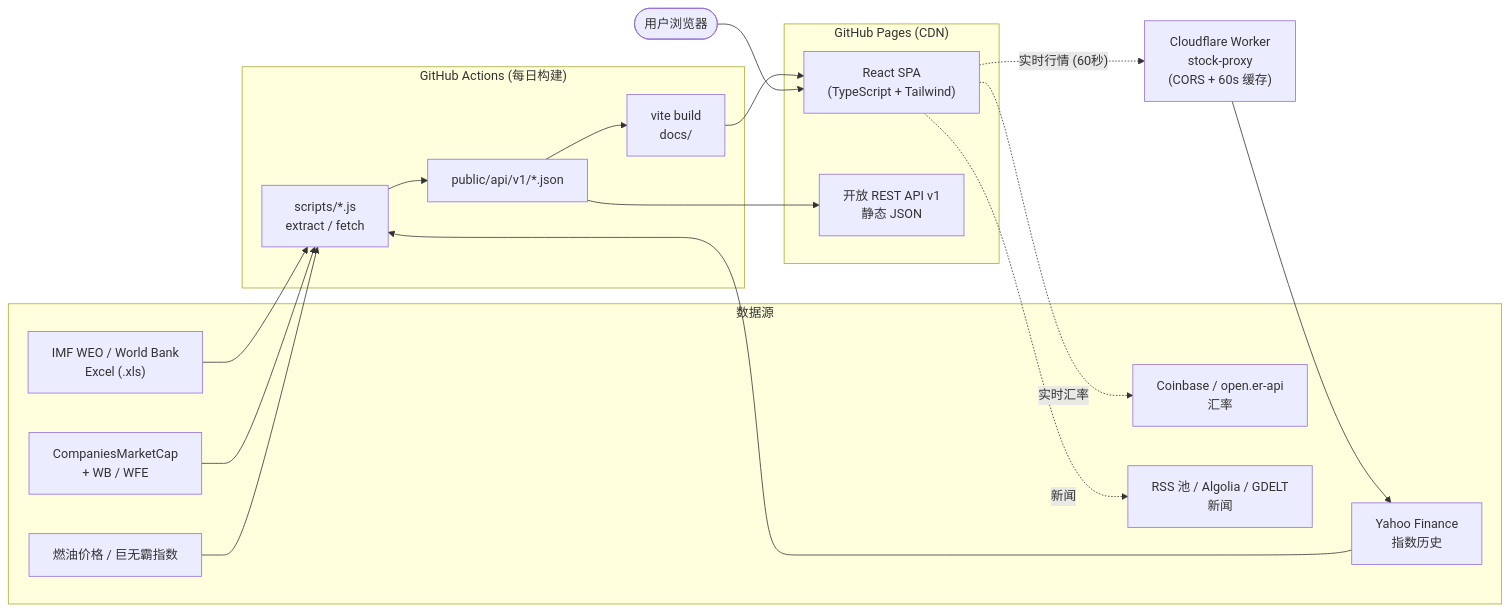
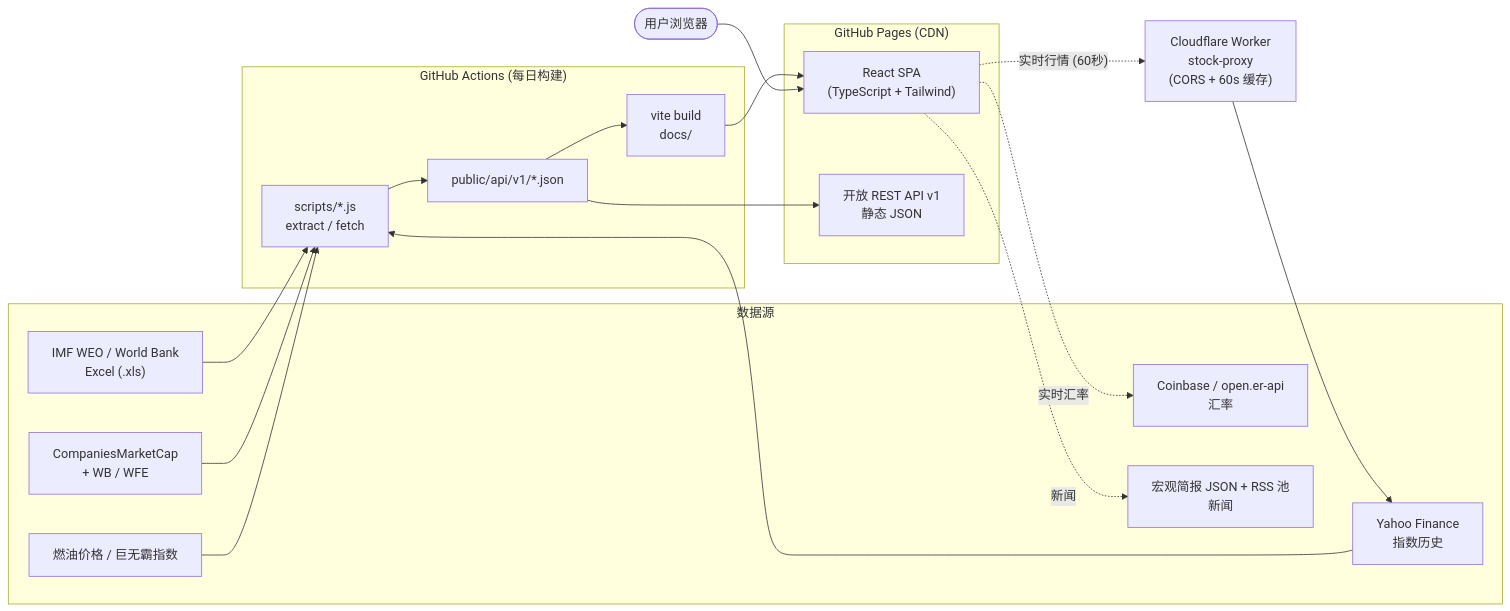
The diagram in README.zh.md (silverogic/geonomics), drawn with Mermaid before and after one commit. The commit also changed other lines of this file and 2 other files, not shown here.

Commit message:
docs: update news sources (macro brief + RSS pool) in READMEs

````diff
--- a/README.zh.md
+++ b/README.zh.md
@@ -111,38 +111,38 @@
 ```mermaid
 flowchart LR
   subgraph SRC["数据源"]
     S1["IMF WEO / World Bank<br/>Excel (.xls)"]
     S2["Yahoo Finance<br/>指数历史"]
     S3["CompaniesMarketCap<br/>+ WB / WFE"]
     S4["燃油价格 / 巨无霸指数"]
     S5["Coinbase / open.er-api<br/>汇率"]
-    S6["RSS 池 / Algolia / GDELT<br/>新闻"]
+    S6["宏观简报 JSON + RSS 池<br/>新闻"]
   end
 
   subgraph CI["GitHub Actions (每日构建)"]
     P1["scripts/*.js<br/>extract / fetch"]
     P2["public/api/v1/*.json"]
     P3["vite build<br/>docs/"]
   end
 
   subgraph HOST["GitHub Pages (CDN)"]
     WEB["React SPA<br/>(TypeScript + Tailwind)"]
     API["开放 REST API v1<br/>静态 JSON"]
   end
 
   W["Cloudflare Worker<br/>stock-proxy<br/>(CORS + 60s 缓存)"]
   U(["用户浏览器"])
 
   S1 --> P1
   S2 --> P1
   S3 --> P1
   S4 --> P1
   P1 --> P2 --> P3 --> WEB
   P2 --> API
 
   U --> WEB
   WEB -. "实时行情 (60秒)" .-> W
   W --> S2
   WEB -. "实时汇率" .-> S5
   WEB -. "新闻" .-> S6
 ```
````
